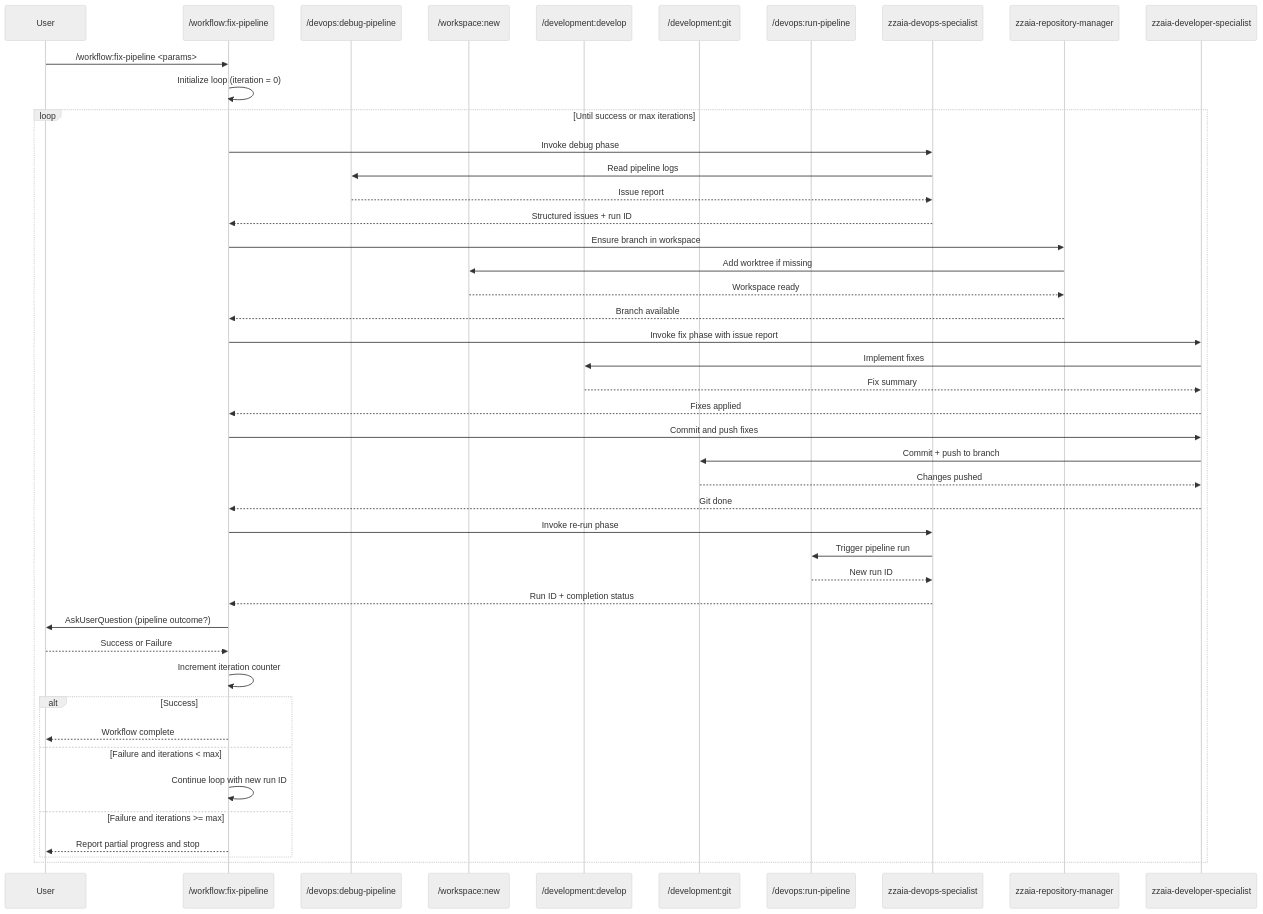
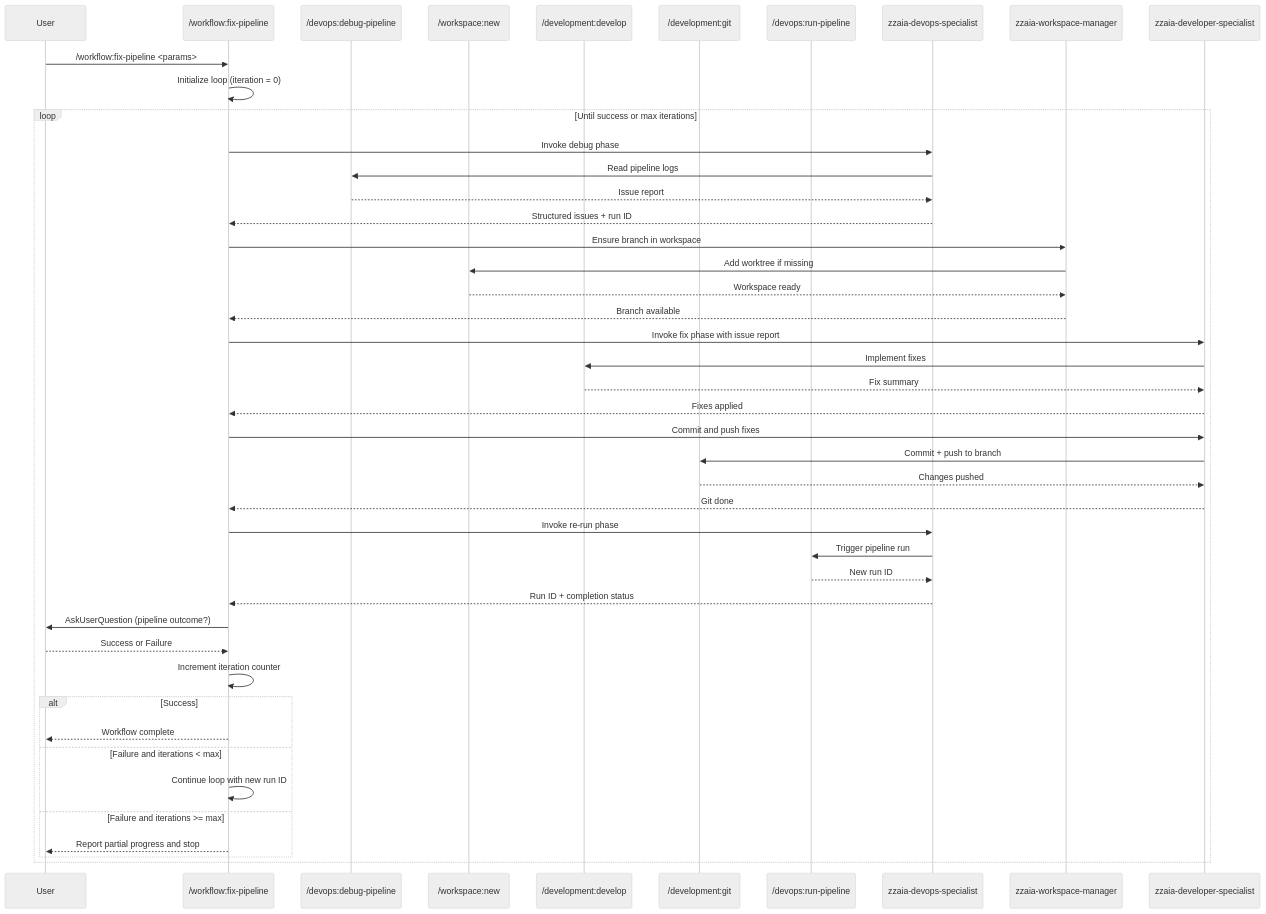
One commit to zzaia/zzaia-agentic-workspace changed the diagram in .claude/commands/workflow/fix-pipeline.md. Above: the diagram before and after it, drawn with Mermaid (neutral theme). The commit also changed other lines of this file and 11 other files, not shown here.

````diff
--- a/.claude/commands/workflow/fix-pipeline.md
+++ b/.claude/commands/workflow/fix-pipeline.md
@@ -97,55 +97,55 @@
 ```mermaid
 sequenceDiagram
     participant U as User
     participant W as /workflow:fix-pipeline
     participant DBG as /devops:debug-pipeline
     participant WN as /workspace:new
     participant FIX as /development:develop
     participant GIT as /development:git
     participant RUN as /devops:run-pipeline
     participant A1 as zzaia-devops-specialist
-    participant A2 as zzaia-repository-manager
+    participant A2 as zzaia-workspace-manager
     participant A3 as zzaia-developer-specialist
 
     U->>W: /workflow:fix-pipeline <params>
     W->>W: Initialize loop (iteration = 0)
 
     loop Until success or max iterations
         W->>A1: Invoke debug phase
         A1->>DBG: Read pipeline logs
         DBG-->>A1: Issue report
         A1-->>W: Structured issues + run ID
 
         W->>A2: Ensure branch in workspace
         A2->>WN: Add worktree if missing
         WN-->>A2: Workspace ready
         A2-->>W: Branch available
 
         W->>A3: Invoke fix phase with issue report
         A3->>FIX: Implement fixes
         FIX-->>A3: Fix summary
         A3-->>W: Fixes applied
 
         W->>A3: Commit and push fixes
         A3->>GIT: Commit + push to branch
         GIT-->>A3: Changes pushed
         A3-->>W: Git done
 
         W->>A1: Invoke re-run phase
         A1->>RUN: Trigger pipeline run
         RUN-->>A1: New run ID
         A1-->>W: Run ID + completion status
 
         W->>U: AskUserQuestion (pipeline outcome?)
         U-->>W: Success or Failure
         W->>W: Increment iteration counter
 
         alt Success
             W-->>U: Workflow complete
         else Failure and iterations < max
             W->>W: Continue loop with new run ID
         else Failure and iterations >= max
             W-->>U: Report partial progress and stop
         end
     end
 ```
````
